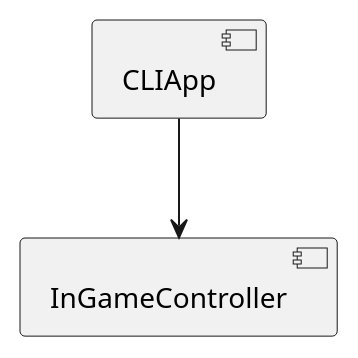
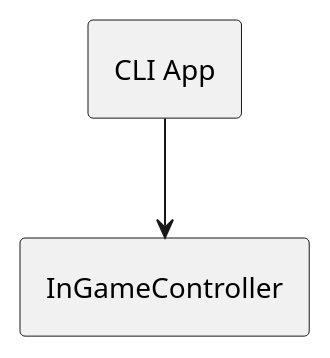
One commit to JonQuxBurton/CardGames changed the first of 2 diagrams in RummyGames/Design-Rummy.md. Above: the diagram before and after it, drawn with PlantUML. The commit also changed other lines of this file and 4 other files, not shown here.

````diff
--- a/RummyGames/Design-Rummy.md
+++ b/RummyGames/Design-Rummy.md
@@ -5,8 +5,13 @@
 ```plantuml
 @startuml
 skinparam monochrome true
+skinparam Padding 10
+hide circle
+hide members
 
-[CLIApp] --> [InGameController]
+class "CLI App" as CLIApp
+class InGameController
+CLIApp --> InGameController
 
 @enduml
 ```
````
